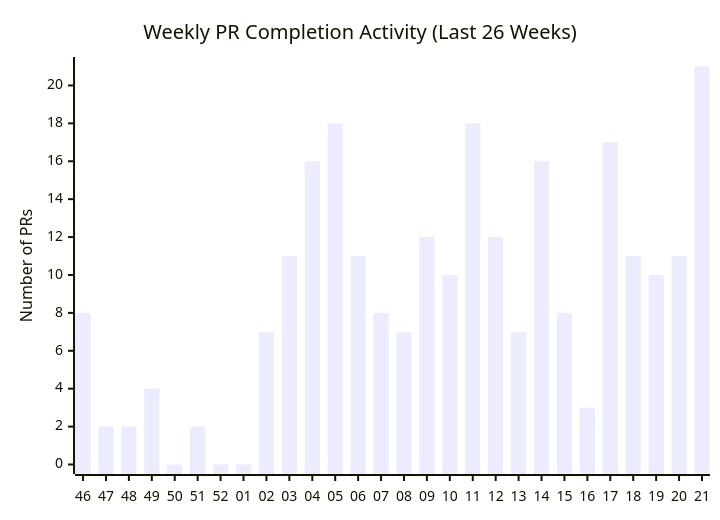
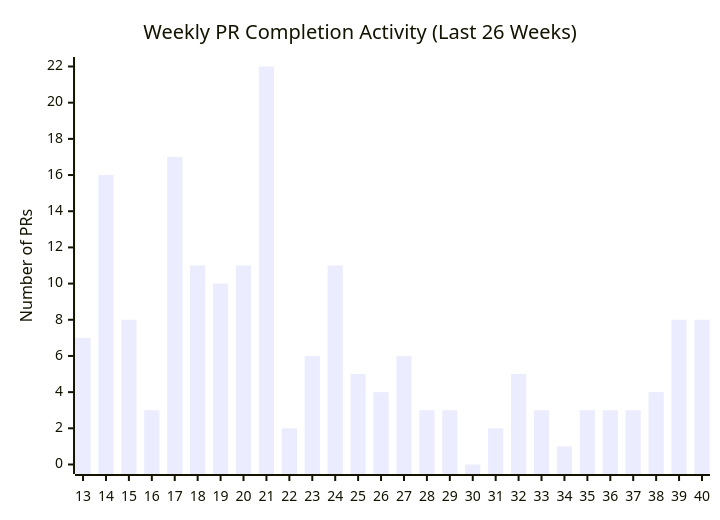
Before and after one commit to microsoft/edge-ai: the second of 11 diagrams in docs/contributions.md, drawn with Mermaid. The commit also changed other lines of this file and 18 other files, not shown here.

````diff
--- a/docs/contributions.md
+++ b/docs/contributions.md
@@ -66,8 +43,8 @@
 ``` mermaid
 
 xychart-beta
     title "Weekly PR Completion Activity (Last 26 Weeks)"
-    x-axis ["46", "47", "48", "49", "50", "51", "52", "01", "02", "03", "04", "05", "06", "07", "08", "09", "10", "11", "12", "13", "14", "15", "16", "17", "18", "19", "20", "21"]
+    x-axis ["13", "14", "15", "16", "17", "18", "19", "20", "21", "22", "23", "24", "25", "26", "27", "28", "29", "30", "31", "32", "33", "34", "35", "36", "37", "38", "39", "40"]
     y-axis "Number of PRs"
-    bar [8, 2, 2, 4, 0, 2, 0, 0, 7, 11, 16, 18, 11, 8, 7, 12, 10, 18, 12, 7, 16, 8, 3, 17, 11, 10, 11, 21]
+    bar [7, 16, 8, 3, 17, 11, 10, 11, 22, 2, 6, 11, 5, 4, 6, 3, 3, 0, 2, 5, 3, 1, 3, 3, 3, 4, 8, 8]
 ```
````
